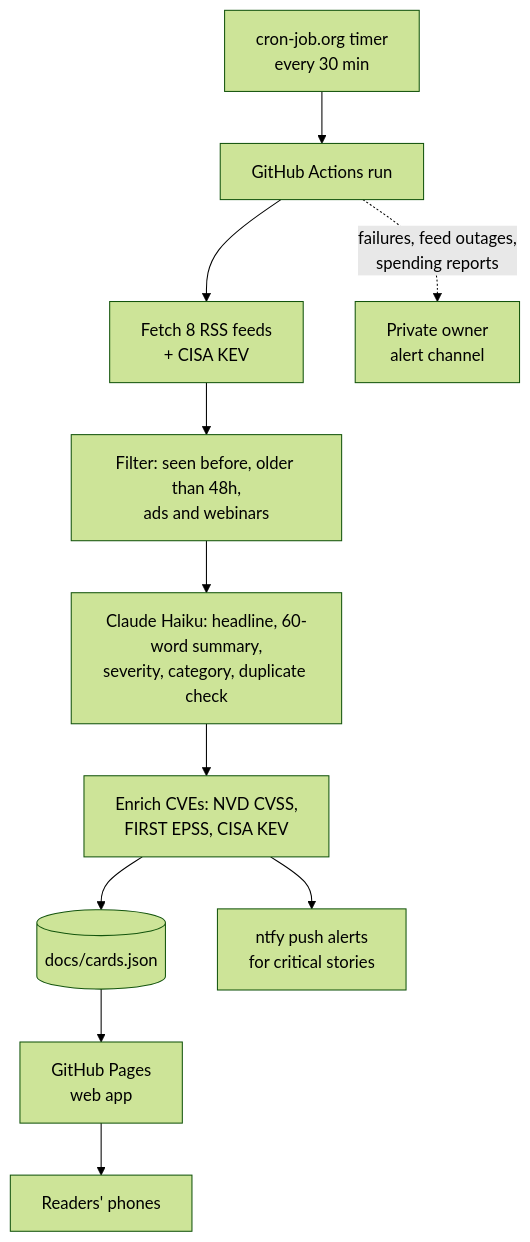
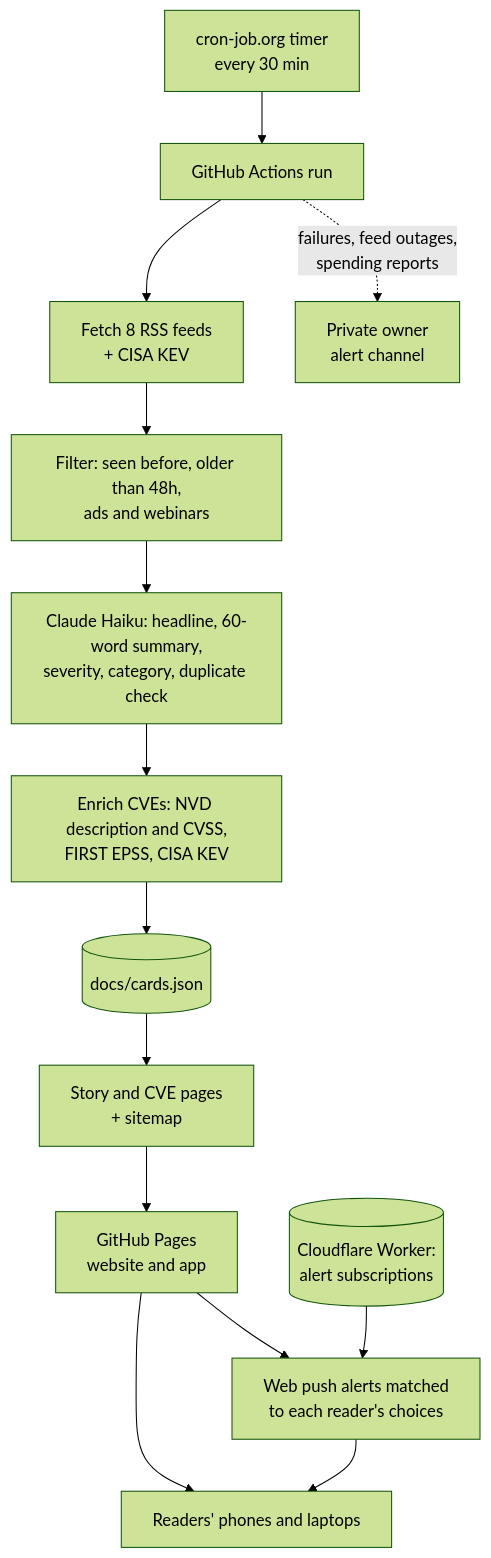
The diagram in README.md (HammerTime19/intel60), drawn with Mermaid (forest theme) before and after one commit. The commit also changed other lines of this file and 1 other file, not shown here.

Commit message:
Update the visual workflow guide and README for story pages and web push alerts

````diff
--- a/README.md
+++ b/README.md
@@ -32,13 +33,16 @@
 ```mermaid
 flowchart TD
     T[cron-job.org timer<br/>every 30 min] --> A[GitHub Actions run]
     A --> F[Fetch 8 RSS feeds<br/>+ CISA KEV]
     F --> X[Filter: seen before, older than 48h,<br/>ads and webinars]
     X --> L[Claude Haiku: headline, 60-word summary,<br/>severity, category, duplicate check]
-    L --> E[Enrich CVEs: NVD CVSS,<br/>FIRST EPSS, CISA KEV]
+    L --> E[Enrich CVEs: NVD description and CVSS,<br/>FIRST EPSS, CISA KEV]
     E --> J[(docs/cards.json)]
-    J --> P[GitHub Pages<br/>web app]
-    E --> N[ntfy push alerts<br/>for critical stories]
+    J --> S[Story and CVE pages<br/>+ sitemap]
+    S --> P[GitHub Pages<br/>website and app]
+    P --> N[Web push alerts matched<br/>to each reader's choices]
+    W[(Cloudflare Worker:<br/>alert subscriptions)] --> N
     A -. failures, feed outages,<br/>spending reports .-> O[Private owner<br/>alert channel]
-    P --> U[Readers' phones]
+    P --> U[Readers' phones and laptops]
+    N --> U
 ```
````
